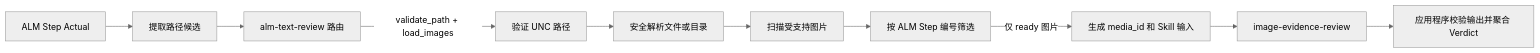
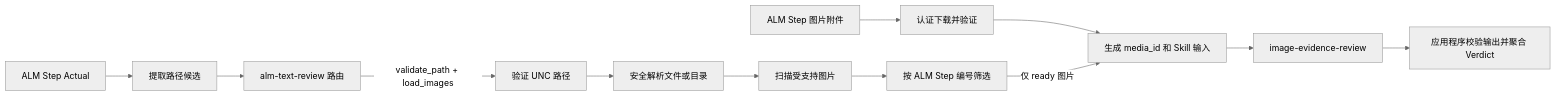
The first of 2 diagrams in alm-review-web/docs/image-evidence-review-flow.md (Terry1lnkyzhang/ALMResultReview), drawn with Mermaid (neutral theme) before and after one commit. The commit also changed other lines of this file and 55 other files, not shown here.

````diff
--- a/alm-review-web/docs/image-evidence-review-flow.md
+++ b/alm-review-web/docs/image-evidence-review-flow.md
@@ -14,12 +14,14 @@
 ```mermaid
 flowchart LR
     A[ALM Step Actual] --> B[提取路径候选]
+    K[ALM Step 图片附件] --> L[认证下载并验证]
     B --> C[alm-text-review 路由]
     C -->|validate_path + load_images| D[验证 UNC 路径]
     D --> E[安全解析文件或目录]
     E --> F[扫描受支持图片]
     F --> G[按 ALM Step 编号筛选]
+    L --> H
     G -->|仅 ready 图片| H[生成 media_id 和 Skill 输入]
     H --> I[image-evidence-review]
     I --> J[应用程序校验输出并聚合 Verdict]
 ```
````
